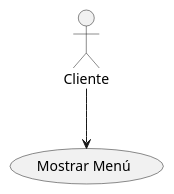
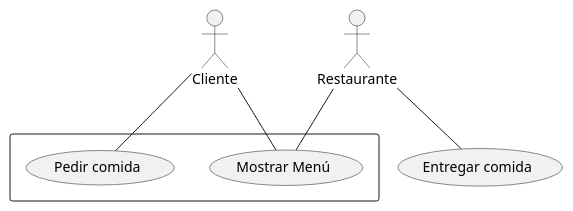
Before and after one commit to alejaandroobc/CasosDeUso_UML: the diagram in src/CasosDeUso_UML.puml, drawn with PlantUML.

Commit message:
Se hace un sistema

```diff
--- a/src/CasosDeUso_UML.puml
+++ b/src/CasosDeUso_UML.puml
@@ -1,5 +1,13 @@
 @startuml
 :Cliente:
+:Restaurante:
+rectangle {
 usecase "Mostrar Menú" as UC1
-Cliente --> UC1
+usecase "Pedir comida" as UC2
+}
+usecase "Entregar comida" as UC3
+Cliente -- UC1
+Cliente -- UC2
+Restaurante -- UC1
+Restaurante -- UC3
 @enduml
```
